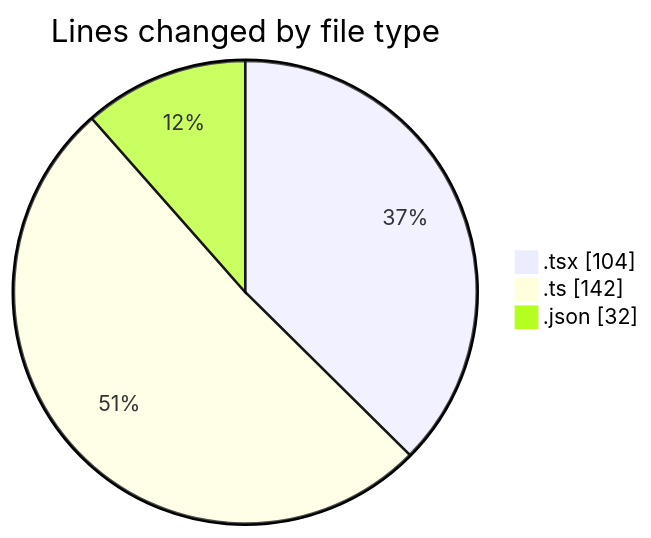
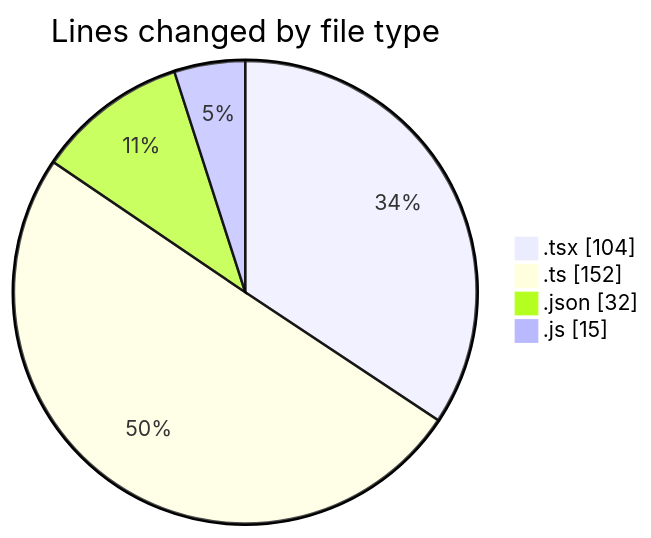
One commit to momahboobian/code-tracking changed the first of 2 diagrams in 2026-07-22/cda/README.md. Above: the diagram before and after it, drawn with Mermaid. The commit also changed other lines of this file and 1 other file, not shown here.

````diff
--- a/2026-07-22/cda/README.md
+++ b/2026-07-22/cda/README.md
@@ -24,7 +25,8 @@
 ```mermaid
 pie showData
 title Lines changed by file type
 ".tsx" : 104
-".ts" : 142
+".ts" : 152
 ".json" : 32
+".js" : 15
 ```
````
